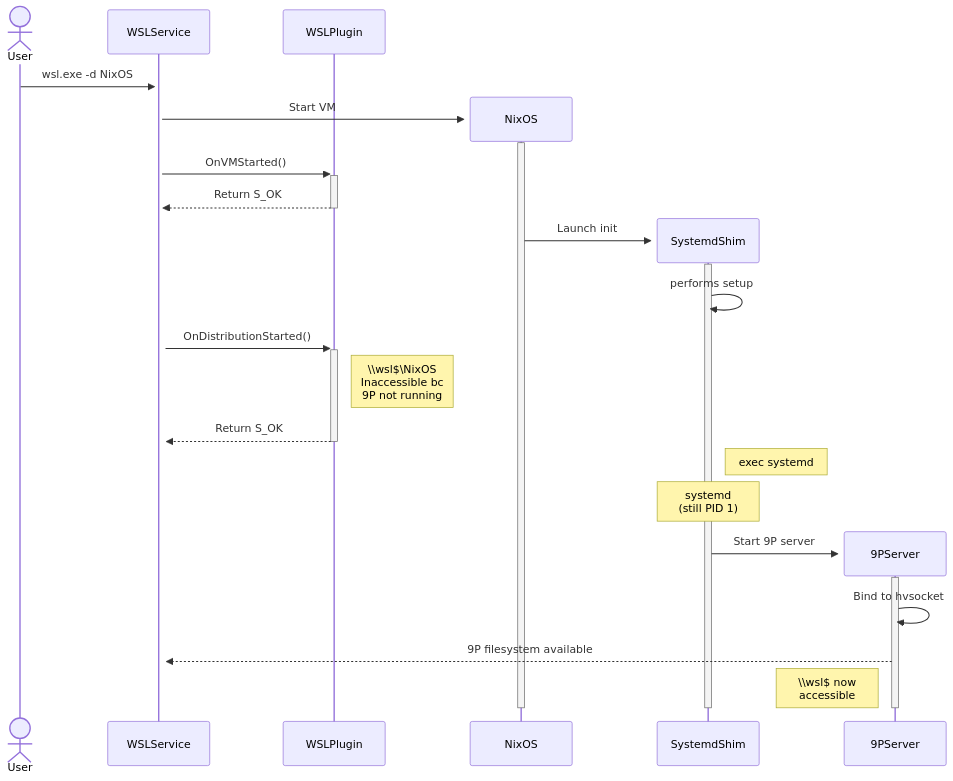
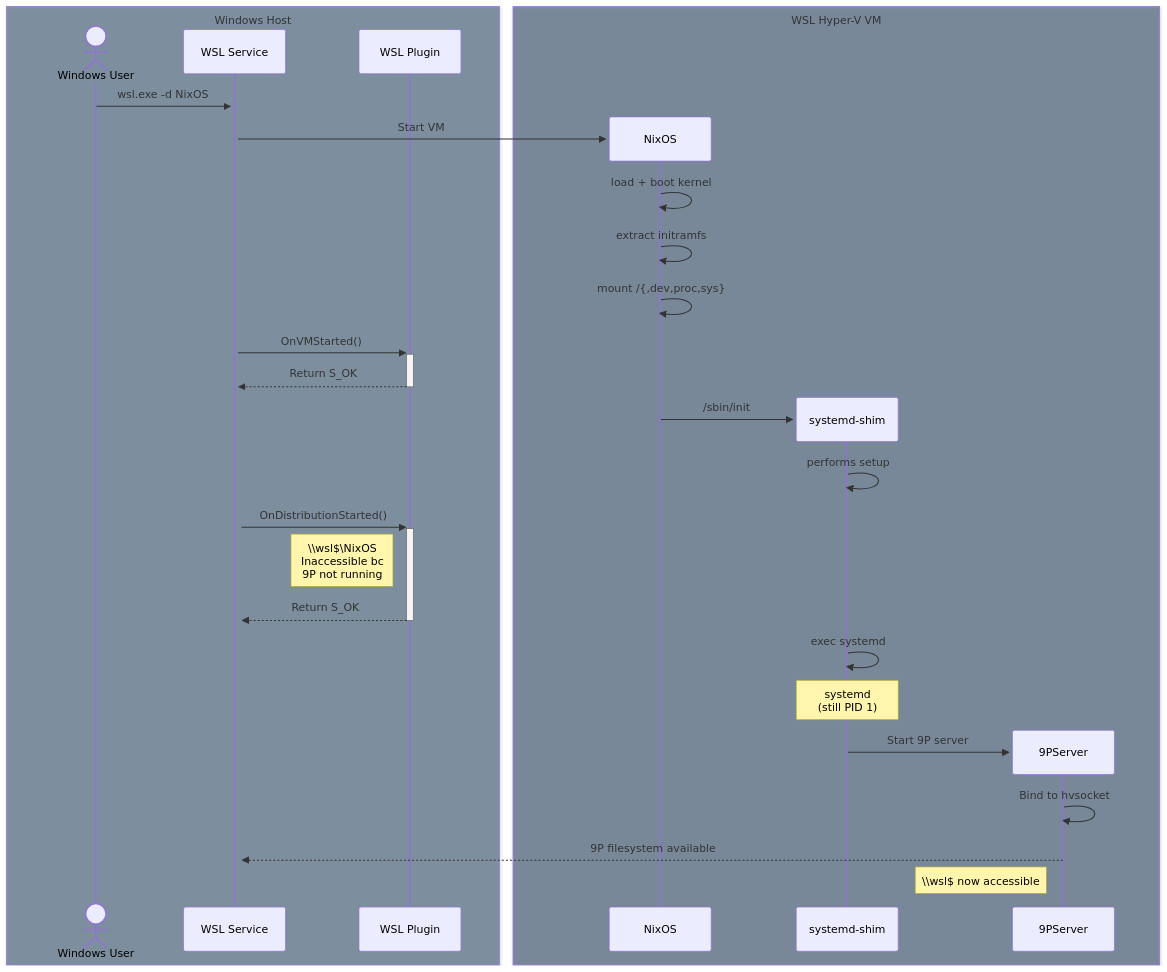
The first of 10 diagrams in docs/wsl-plugin-design-doc.md (timblaktu/wsl-plugin-sample), drawn with Mermaid before and after one commit.

Commit message:
improved Diagram 1 as a style model for the rest

````diff
--- a/docs/wsl-plugin-design-doc.md
+++ b/docs/wsl-plugin-design-doc.md
@@ -41,37 +41,46 @@
 ```mermaid
-%%{init: {'theme':'base', 'themeVariables': {
-  'signalColor':'#888888',
-}}}%%
 sequenceDiagram
-    actor User
-    participant WSLService
-    participant WSLPlugin
+    actor Windows User
+    participant WSL Service
+    participant WSL Plugin
 
-    User->>+WSLService: wsl.exe -d NixOS
+    Windows User->>+WSL Service: wsl.exe -d NixOS
     create participant NixOS
-    WSLService->>+NixOS: Start VM
+    WSL Service->>NixOS: Start VM
+    NixOS->>NixOS: load + boot kernel
+    NixOS->>NixOS: extract initramfs
+    NixOS->>NixOS: mount /{,dev,proc,sys}
     
-    WSLService->>+WSLPlugin: OnVMStarted()
-    WSLPlugin-->>-WSLService: Return S_OK
+    WSL Service->>+WSL Plugin: OnVMStarted()
+    WSL Plugin-->>-WSL Service: Return S_OK
     
-    create participant SystemdShim
-    NixOS->>+SystemdShim: Launch init
-    SystemdShim->>SystemdShim: performs setup
-    activate WSLService
-    WSLService->>+WSLPlugin: OnDistributionStarted()
-    Note right of WSLPlugin: \\wsl$\NixOS<br/>Inaccessible bc<br/>9P not running
+    create participant systemd-shim
+    NixOS->>systemd-shim: /sbin/init
+    systemd-shim->>systemd-shim: performs setup
+    activate WSL Service
+    WSL Service->>+WSL Plugin: OnDistributionStarted()
+    Note left of WSL Plugin: \\wsl$\NixOS<br/>Inaccessible bc<br/>9P not running
     
-    WSLPlugin-->>-WSLService: Return S_OK
+    WSL Plugin-->>-WSL Service: Return S_OK
     
-    Note right of SystemdShim: exec systemd
-    Note over SystemdShim: systemd<br/>(still PID 1)
+    systemd-shim->>systemd-shim: exec systemd
+    Note over systemd-shim: systemd<br/>(still PID 1)
     
     create participant 9PServer
-    SystemdShim->>+9PServer: Start 9P server
+    systemd-shim->>9PServer: Start 9P server
     9PServer->>9PServer: Bind to hvsocket
-    9PServer-->>WSLService: 9P filesystem available
-    Note left of 9PServer: \\wsl$ now<br/>accessible
-    deactivate 9PServer
-    deactivate NixOS
-    deactivate SystemdShim
+    9PServer-->>WSL Service: 9P filesystem available
+    Note left of 9PServer: \\wsl$ now accessible
+    
+    box rgba(33,66,99,0.5) Windows Host
+    actor Windows User
+    participant WSL Service
+    participant WSL Plugin
+    end
+    
+    box rgba(22,55,88,0.5) WSL Hyper-V VM
+    participant NixOS
+    participant systemd-shim
+    participant 9PServer
+    end
 ```
````
